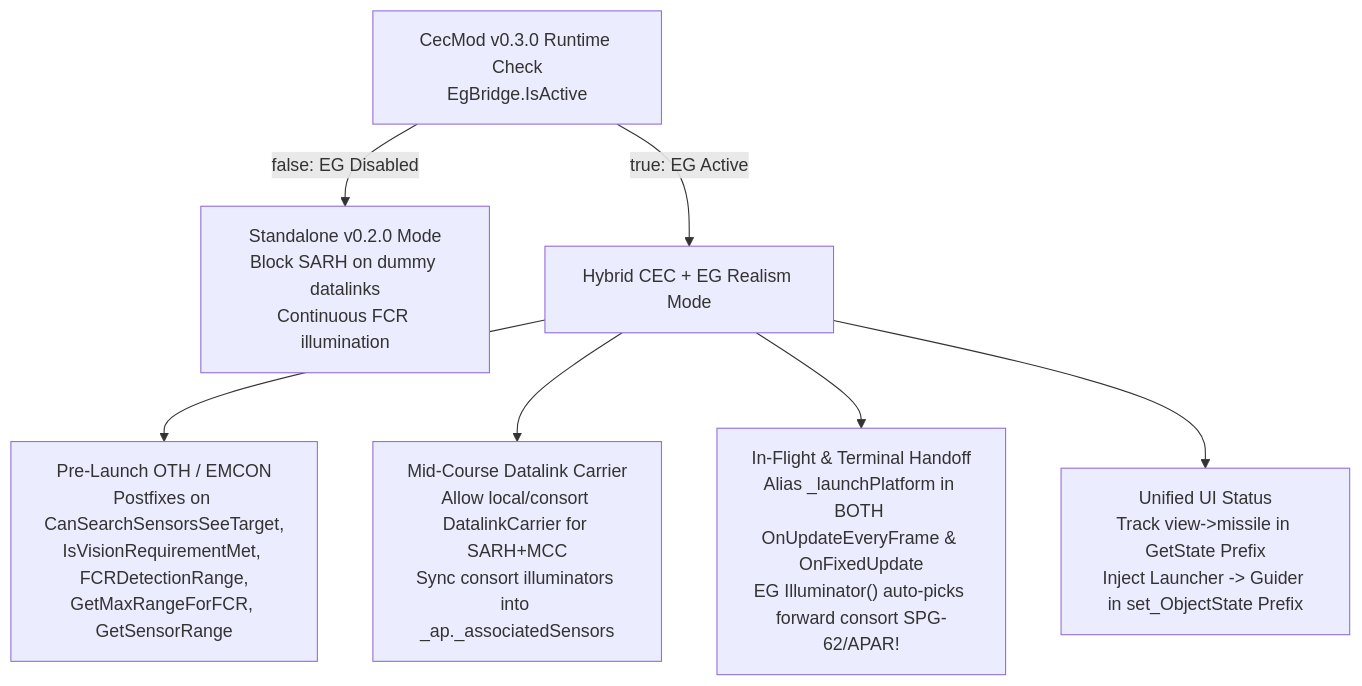
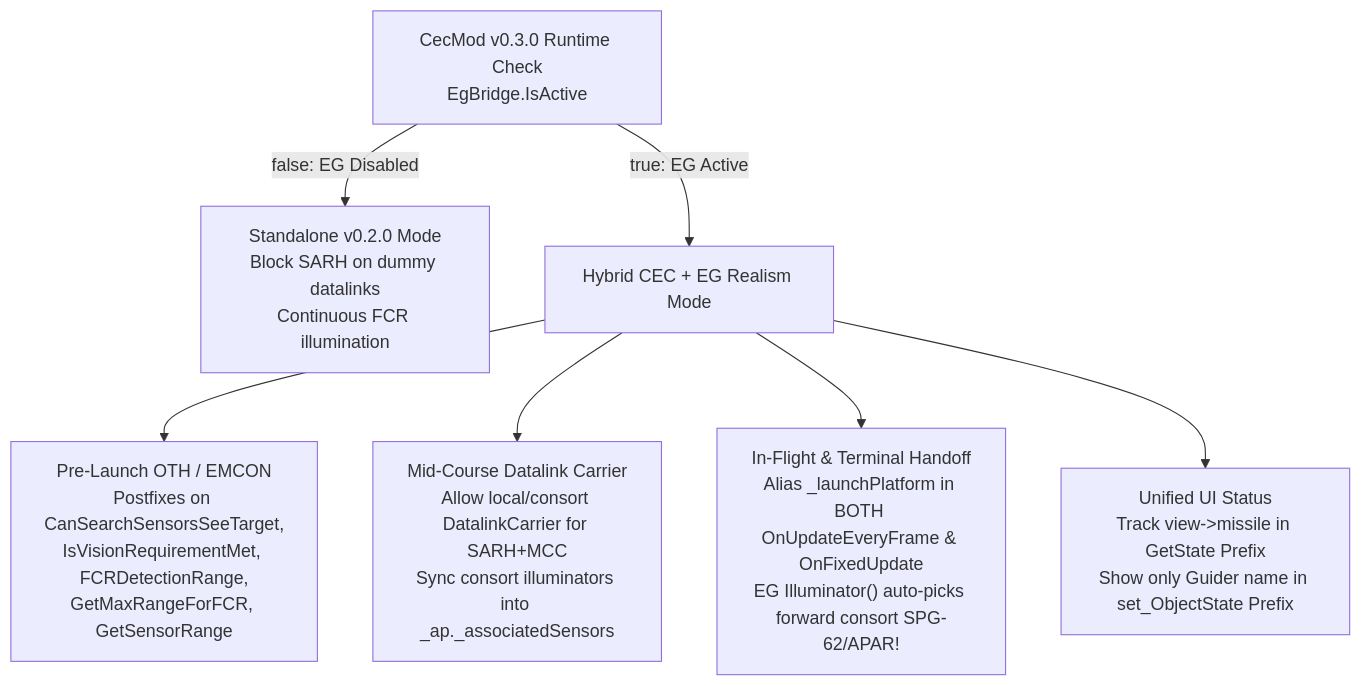
One commit to lynhan4530/CEC_mod changed the diagram in EXTENDED_GUIDANCE_COMPAT_PLAN.md. Above: the diagram before and after it, drawn with Mermaid. The commit also changed other lines of this file, not shown here.

Commit message:
Docs: Update v0.3.0 UI spec to display only guider name

````diff
--- a/EXTENDED_GUIDANCE_COMPAT_PLAN.md
+++ b/EXTENDED_GUIDANCE_COMPAT_PLAN.md
@@ -31,9 +31,9 @@
 ```mermaid
 flowchart TD
     A["CecMod v0.3.0 Runtime Check<br/>EgBridge.IsActive"] -->|false: EG Disabled| B["Standalone v0.2.0 Mode<br/>Block SARH on dummy datalinks<br/>Continuous FCR illumination"]
     A -->|true: EG Active| C["Hybrid CEC + EG Realism Mode"]
     C --> D["Pre-Launch OTH / EMCON<br/>Postfixes on CanSearchSensorsSeeTarget,<br/>IsVisionRequirementMet, FCRDetectionRange,<br/>GetMaxRangeForFCR, GetSensorRange"]
     C --> E["Mid-Course Datalink Carrier<br/>Allow local/consort DatalinkCarrier for SARH+MCC<br/>Sync consort illuminators into _ap._associatedSensors"]
     C --> F["In-Flight & Terminal Handoff<br/>Alias _launchPlatform in BOTH OnUpdateEveryFrame & OnFixedUpdate<br/>EG Illuminator() auto-picks forward consort SPG-62/APAR!"]
-    C --> G["Unified UI Status<br/>Track view->missile in GetState Prefix<br/>Inject Launcher -> Guider in set_ObjectState Prefix"]
+    C --> G["Unified UI Status<br/>Track view->missile in GetState Prefix<br/>Show only Guider name in set_ObjectState Prefix"]
 ```
````
